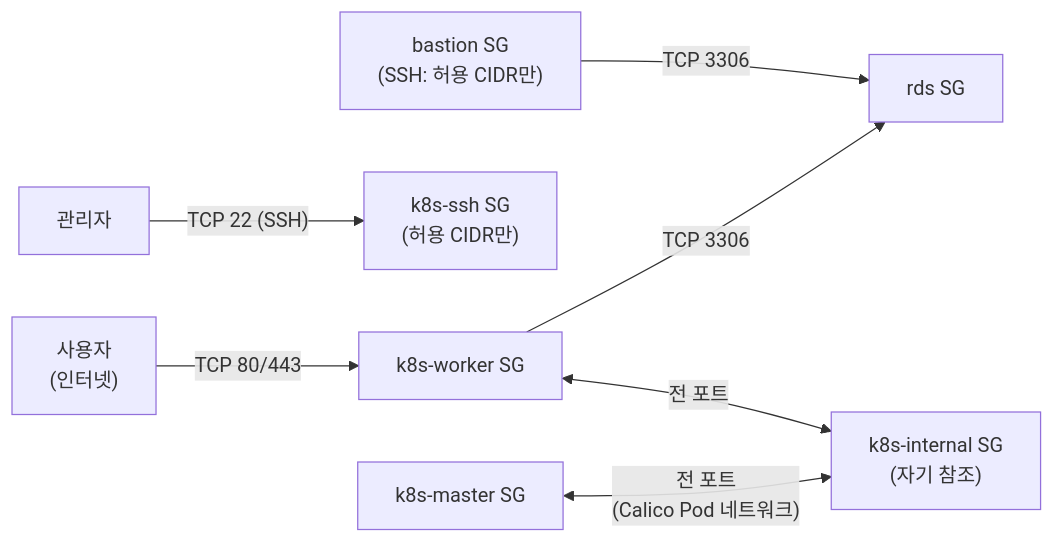
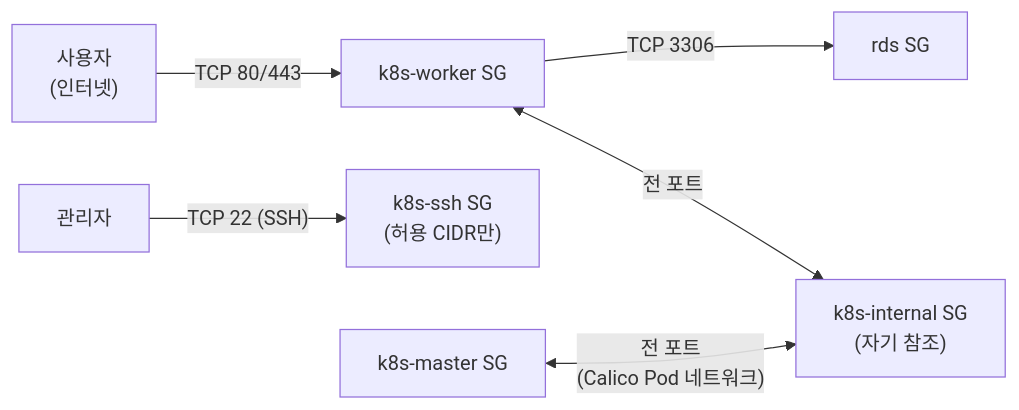
Before and after one commit to revenantonthemission/2-cho-community-infra: the third of 18 diagrams in report.md, drawn with Mermaid. The commit also changed other lines of this file, not shown here.

````diff
--- a/report.md
+++ b/report.md
@@ -215,11 +232,10 @@
 ```mermaid
 flowchart LR
     User["사용자<br/>(인터넷)"] -->|"TCP 80/443"| Worker_SG
     Admin["관리자"] -->|"TCP 22 (SSH)"| SSH_SG["k8s-ssh SG<br/>(허용 CIDR만)"]
 
     Worker_SG["k8s-worker SG"] -->|"TCP 3306"| RDS_SG["rds SG"]
-    Bastion_SG["bastion SG<br/>(SSH: 허용 CIDR만)"] -->|"TCP 3306"| RDS_SG
 
     Master_SG["k8s-master SG"] <-->|"전 포트<br/>(Calico Pod 네트워크)"| Internal_SG["k8s-internal SG<br/>(자기 참조)"]
     Worker_SG <-->|"전 포트"| Internal_SG
 ```
````
